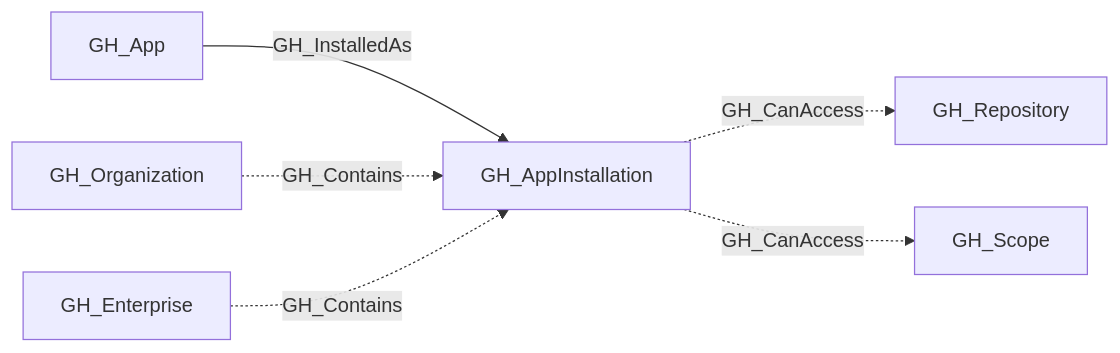
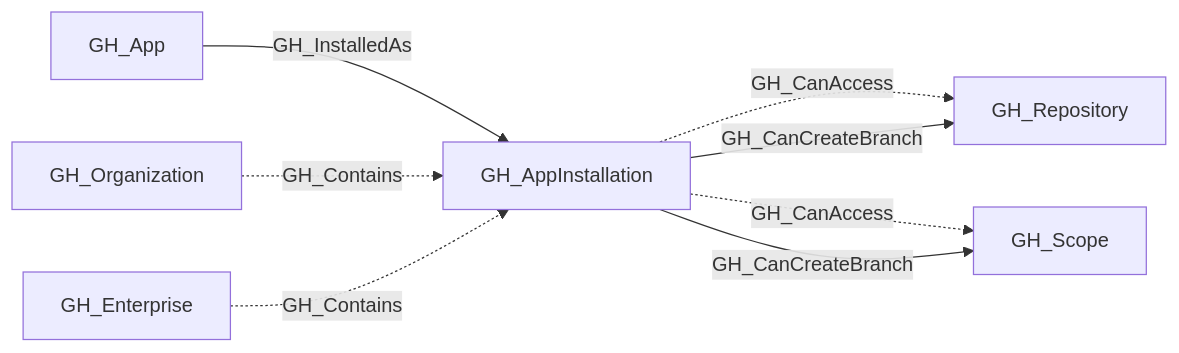
The diagram in descriptions/nodes/GH_AppInstallation.md (SpecterOps/openhound-github), drawn with Mermaid before and after one commit. The commit also changed other lines of this file and 21 other files, not shown here.

````diff
--- a/descriptions/nodes/GH_AppInstallation.md
+++ b/descriptions/nodes/GH_AppInstallation.md
@@ -49,14 +49,16 @@
 ```mermaid
 graph LR
     n0["GH_App"]
     n1["GH_AppInstallation"]
     n2["GH_Repository"]
     n3["GH_Scope"]
     n4["GH_Organization"]
     n0 -->|GH_InstalledAs| n1
     n1 -.->|GH_CanAccess| n2
     n1 -.->|GH_CanAccess| n3
+    n1 -->|GH_CanCreateBranch| n2
+    n1 -->|GH_CanCreateBranch| n3
     n4 -.->|GH_Contains| n1
     n5["GH_Enterprise"]
     n5 -.->|GH_Contains| n1
 ```
````
